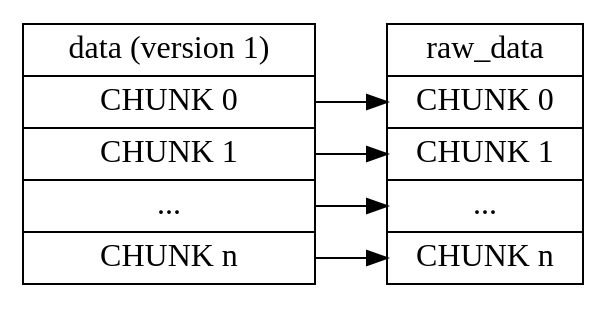
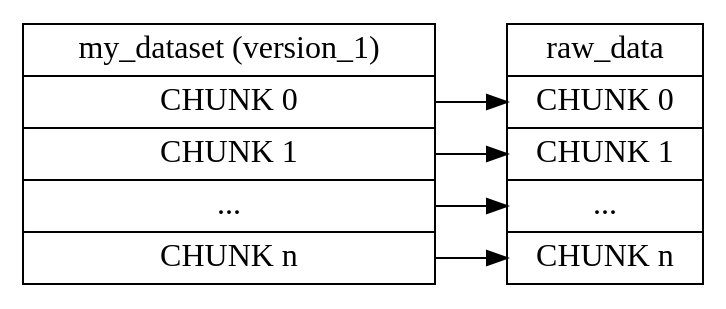
Before and after one commit to deshaw/versioned-hdf5: the first of 2 diagrams in docs/design.md, drawn with Graphviz. The commit also changed other lines of this file, not shown here.

````diff
--- a/docs/design.md
+++ b/docs/design.md
@@ -48,24 +51,24 @@
 ```{graphviz}
 digraph g {
 graph [
 rankdir = "LR"
 ];
 node [
 fontsize = "16"
 ];
 edge [
 ];
-"dataset (version 1)" [
-label = "data (version 1)|<f0>CHUNK 0|<f1>CHUNK 1|<fdot>...|<fn>CHUNK n"
+"dataset (version_1)" [
+label = "my_dataset (version_1)|<f0>CHUNK 0|<f1>CHUNK 1|<fdot>...|<fn>CHUNK n"
 shape = "record"
 ];
 "raw_data" [
 label = "raw_data|<f0>CHUNK 0|<f1>CHUNK 1|<fdot>...|<fn>CHUNK n"
 shape = "record"
 ];
-"dataset (version 1)":f0 -> "raw_data":f0 [];
-"dataset (version 1)":f1 -> "raw_data":f1 [];
-"dataset (version 1)":fdot -> "raw_data":fdot [];
-"dataset (version 1)":fn -> "raw_data":fn [];
+"dataset (version_1)":f0 -> "raw_data":f0 [];
+"dataset (version_1)":f1 -> "raw_data":f1 [];
+"dataset (version_1)":fdot -> "raw_data":fdot [];
+"dataset (version_1)":fn -> "raw_data":fn [];
 }
 ```
````
